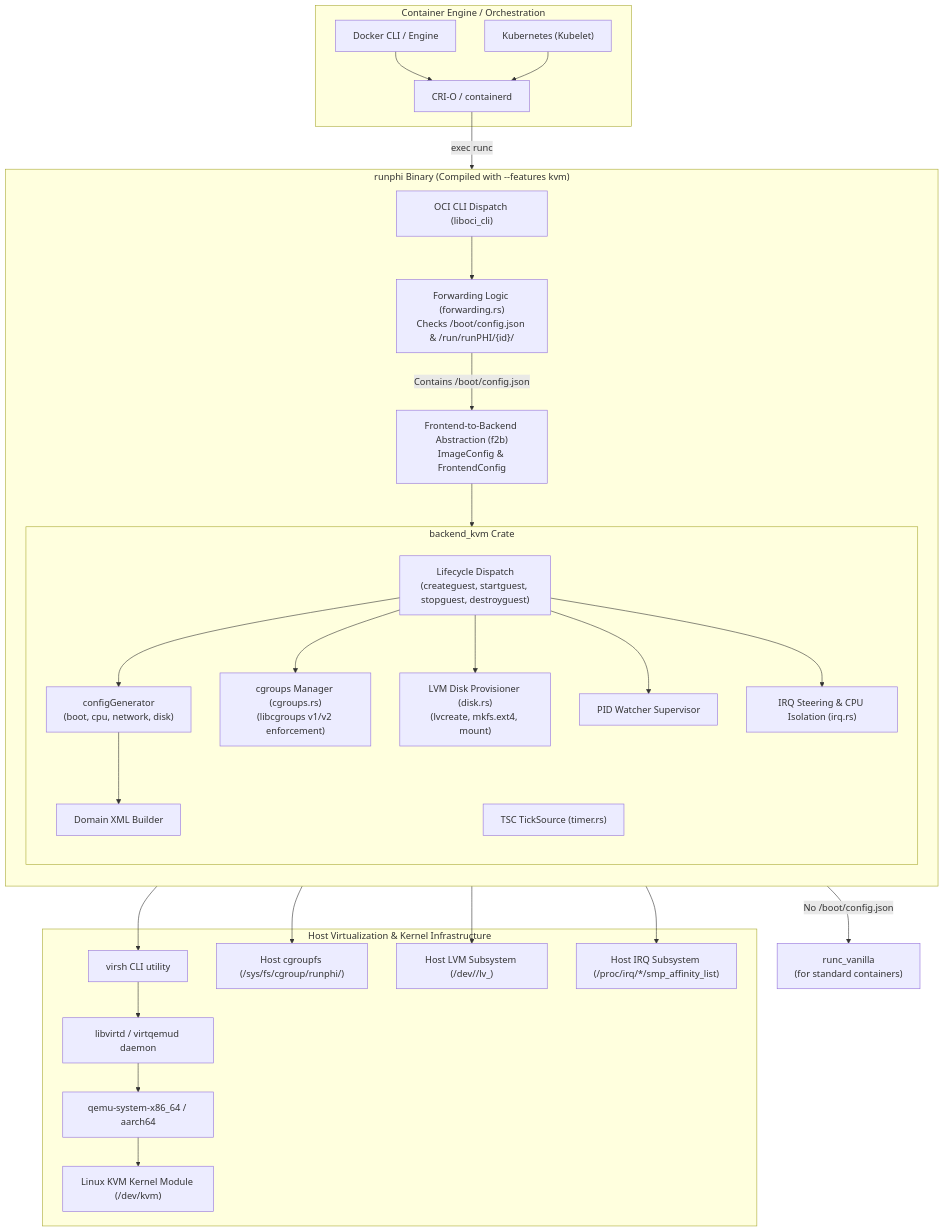
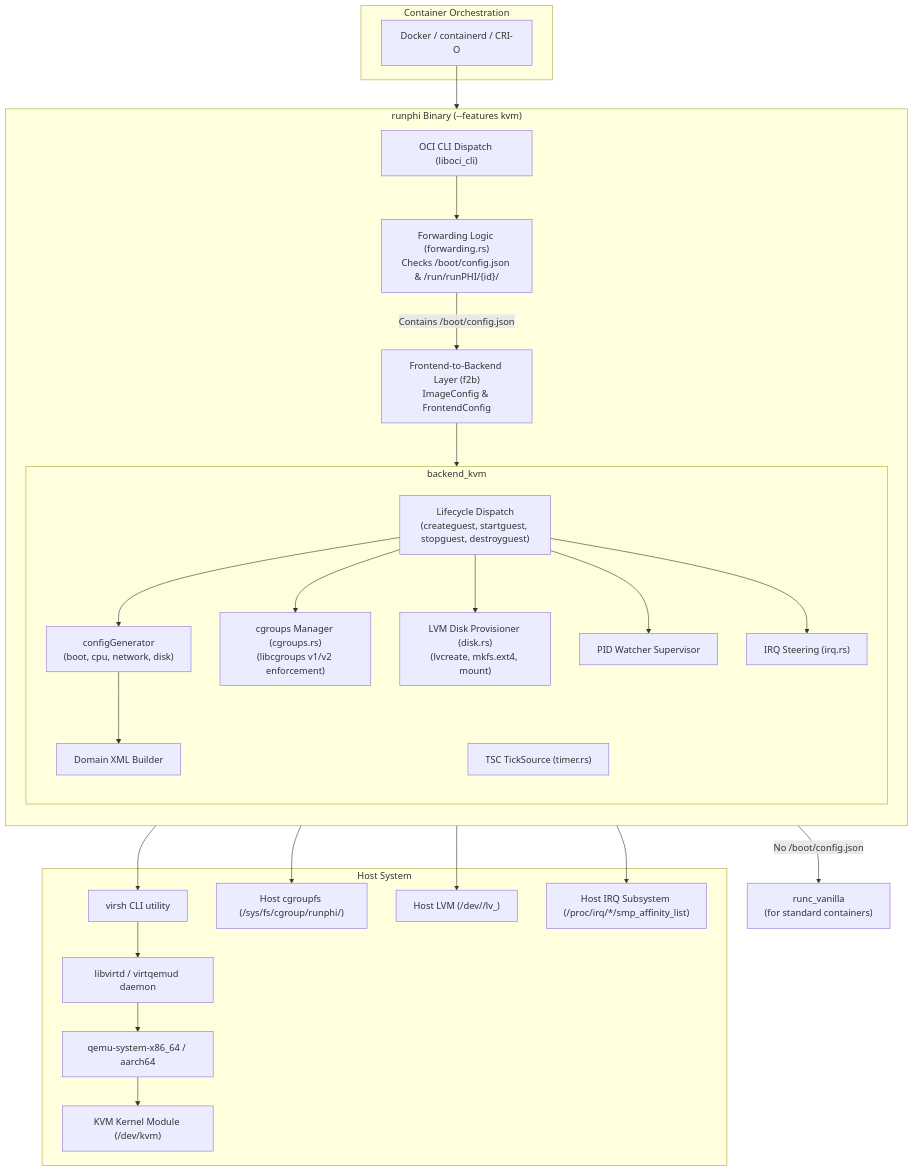
Before and after one commit to kwarki/runphi_manager: the first of 2 diagrams in doc/backend_kvm_docs/architecture_and_lifecycle.md, drawn with Mermaid. The commit also changed other lines of this file and 3 other files, not shown here.

````diff
--- a/doc/backend_kvm_docs/architecture_and_lifecycle.md
+++ b/doc/backend_kvm_docs/architecture_and_lifecycle.md
@@ -13,64 +9,60 @@
 ```mermaid
 flowchart TB
-    subgraph caller["Container Engine / Orchestration"]
-        docker["Docker CLI / Engine"]
-        k8s["Kubernetes (Kubelet)"]
-        crio["CRI-O / containerd"]
+    subgraph caller["Container Orchestration"]
+        docker["Docker / containerd / CRI-O"]
     end
 
-    subgraph runphi_bin["runphi Binary (Compiled with --features kvm)"]
+    subgraph runphi_bin["runphi Binary (--features kvm)"]
         direction TB
         oci_entry["OCI CLI Dispatch (liboci_cli)"]
         fwd["Forwarding Logic (forwarding.rs)<br/>Checks /boot/config.json & /run/runPHI/{id}/"]
-        f2b_layer["Frontend-to-Backend Abstraction (f2b)<br/>ImageConfig & FrontendConfig"]
+        f2b_layer["Frontend-to-Backend Layer (f2b)<br/>ImageConfig & FrontendConfig"]
         
-        subgraph backend_kvm["backend_kvm Crate"]
+        subgraph backend_kvm["backend_kvm"]
             direction TB
             cfg_gen["configGenerator<br/>(boot, cpu, network, disk)"]
             domain_xml["Domain XML Builder"]
             lifecycle["Lifecycle Dispatch<br/>(createguest, startguest, stopguest, destroyguest)"]
             cgroups_mgr["cgroups Manager (cgroups.rs)<br/>(libcgroups v1/v2 enforcement)"]
             disk_mgr["LVM Disk Provisioner (disk.rs)<br/>(lvcreate, mkfs.ext4, mount)"]
             watcher_mgr["PID Watcher Supervisor"]
-            irq_mgr["IRQ Steering & CPU Isolation (irq.rs)"]
+            irq_mgr["IRQ Steering (irq.rs)"]
             timer_src["TSC TickSource (timer.rs)"]
         end
     end
 
-    subgraph host_stack["Host Virtualization & Kernel Infrastructure"]
+    subgraph host_stack["Host System"]
         libvirt["libvirtd / virtqemud daemon"]
         virsh_cli["virsh CLI utility"]
         qemu["qemu-system-x86_64 / aarch64"]
-        kvm_mod["Linux KVM Kernel Module (/dev/kvm)"]
+        kvm_mod["KVM Kernel Module (/dev/kvm)"]
         cgroup_fs["Host cgroupfs (/sys/fs/cgroup/runphi/<id>)"]
-        host_lvm["Host LVM Subsystem (/dev/<vg>/lv_<id>)"]
+        host_lvm["Host LVM (/dev/<vg>/lv_<id>)"]
         proc_irq["Host IRQ Subsystem (/proc/irq/*/smp_affinity_list)"]
     end
 
     runc["runc_vanilla<br/>(for standard containers)"]
 
     %% Connections
-    docker --> crio
-    k8s --> crio
-    crio -- "exec runc" --> oci_entry
+    docker --> oci_entry
     oci_entry --> fwd
 
     fwd -- "No /boot/config.json" --> runc
     fwd -- "Contains /boot/config.json" --> f2b_layer
 
     f2b_layer --> lifecycle
     lifecycle --> cfg_gen
     cfg_gen --> domain_xml
     lifecycle --> virsh_cli
     lifecycle --> cgroups_mgr
     lifecycle --> disk_mgr
     lifecycle --> watcher_mgr
     lifecycle --> irq_mgr
 
     virsh_cli --> libvirt
     libvirt --> qemu
     qemu --> kvm_mod
     cgroups_mgr --> cgroup_fs
     disk_mgr --> host_lvm
     irq_mgr --> proc_irq
 ```
````
